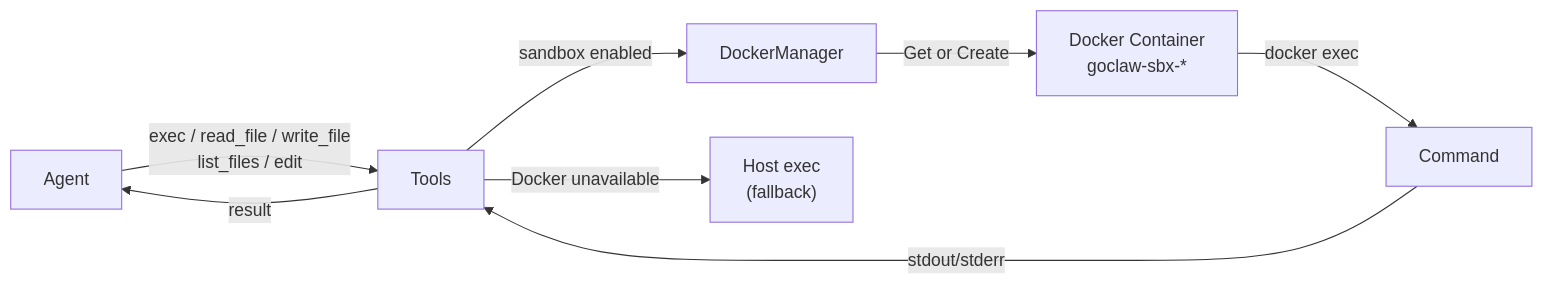
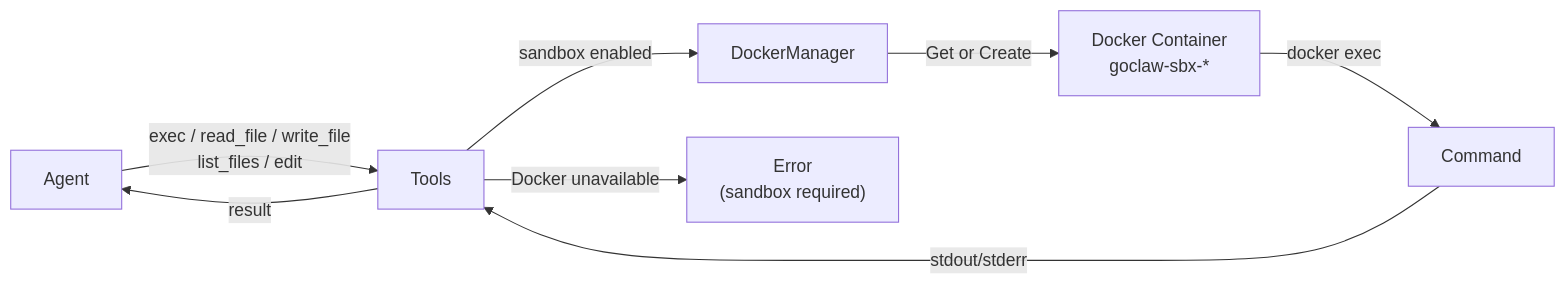
The diagram in advanced/sandbox.md (nextlevelbuilder/goclaw-docs), drawn with Mermaid before and after one commit. The commit also changed other lines of this file and 24 other files, not shown here.

````diff
--- a/advanced/sandbox.md
+++ b/advanced/sandbox.md
@@ -11,10 +11,10 @@
 ```mermaid
 graph LR
     Agent -->|exec / read_file / write_file\nlist_files / edit| Tools
     Tools -->|sandbox enabled| DockerManager
     DockerManager -->|Get or Create| Container["Docker Container\ngoclaw-sbx-*"]
     Container -->|docker exec| Command
     Command -->|stdout/stderr| Tools
     Tools -->|result| Agent
-    Tools -->|Docker unavailable| HostExec["Host exec\n(fallback)"]
+    Tools -->|Docker unavailable| Error["Error\n(sandbox required)"]
 ```
````
